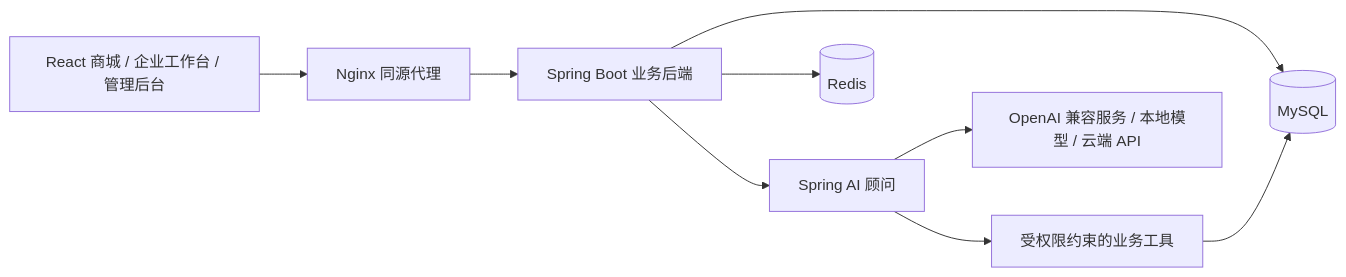
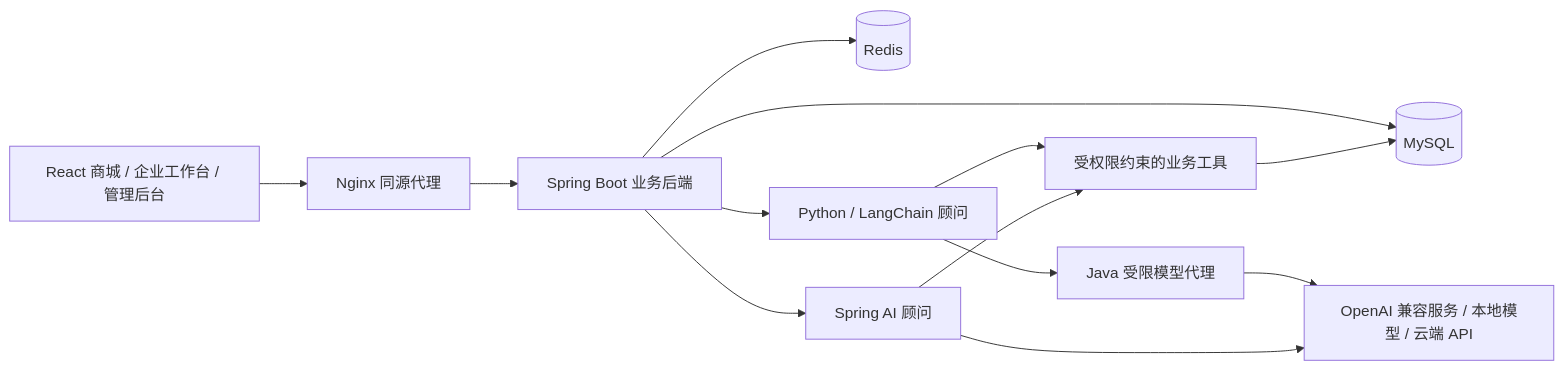
One commit to YiGalaxy/spotlink changed the diagram in README.md. Above: the diagram before and after it, drawn with Mermaid. The commit also changed other lines of this file and 41 other files, not shown here.

First line of the commit message:
功能（LangChain）：接入独立顾问引擎与受限模型工具代理

````diff
--- a/README.md
+++ b/README.md
@@ -153,11 +153,15 @@
 ```mermaid
 flowchart LR
     Web[React 商城 / 企业工作台 / 管理后台] --> Proxy[Nginx 同源代理]
     Proxy --> API[Spring Boot 业务后端]
     API --> DB[(MySQL)]
     API --> Cache[(Redis)]
     API --> Advisor[Spring AI 顾问]
+    API --> LangChain[Python / LangChain 顾问]
+    LangChain --> ModelProxy[Java 受限模型代理]
+    ModelProxy --> LLM
+    LangChain --> Tools
     Advisor --> LLM[OpenAI 兼容服务 / 本地模型 / 云端 API]
     Advisor --> Tools[受权限约束的业务工具]
     Tools --> DB
 ```
````
